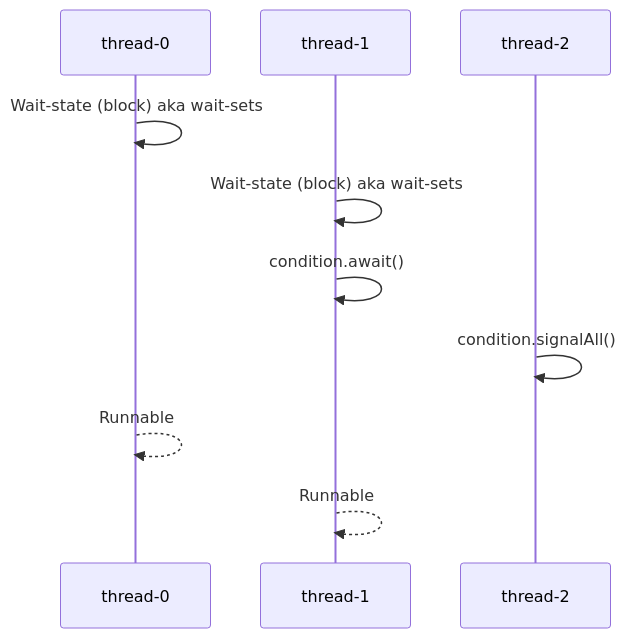
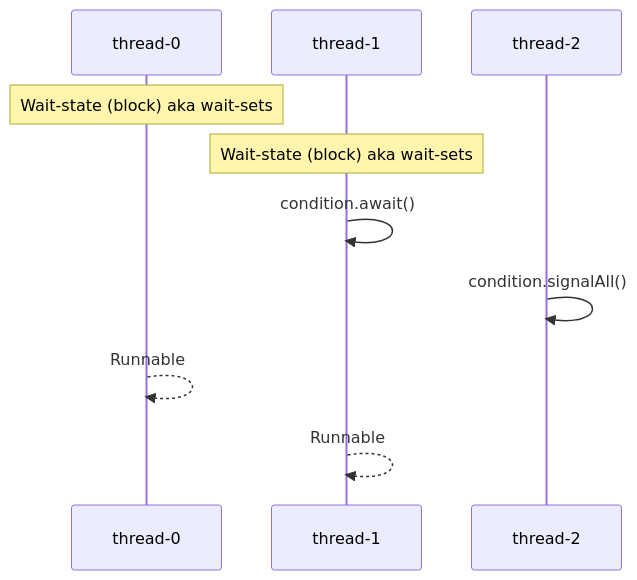
The diagram in java/multithreading.md (ShivaniPanjala/java-springboot-interview-ques), drawn with Mermaid before and after one commit.

````diff
--- a/java/multithreading.md
+++ b/java/multithreading.md
@@ -217,14 +217,21 @@
 ```mermaid
 sequenceDiagram
     participant thread0 as thread-0
     participant thread1 as thread-1
     participant thread2 as thread-2
 
-    thread0->>thread0: Wait-state (block) aka wait-sets
-    thread1->>thread1: Wait-state (block) aka wait-sets
+    %% Threads enter wait-state (no arrow since they are blocked)
+    Note over thread0: Wait-state (block) aka wait-sets
+    Note over thread1: Wait-state (block) aka wait-sets
+
+    %% thread-1 calls await
     thread1->>thread1: condition.await()
+
+    %% thread-2 signals all waiting threads
     thread2->>thread2: condition.signalAll()
 
+    %% Threads become runnable
     thread0-->>thread0: Runnable
     thread1-->>thread1: Runnable
+
 ```
````
